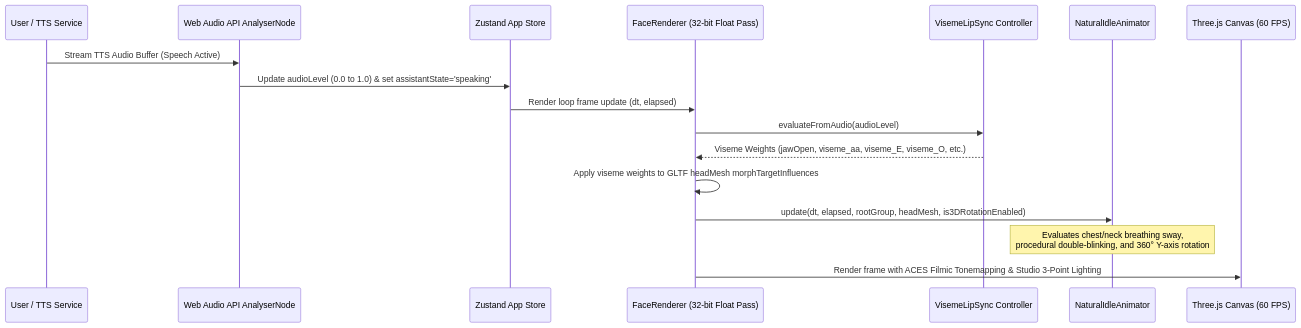
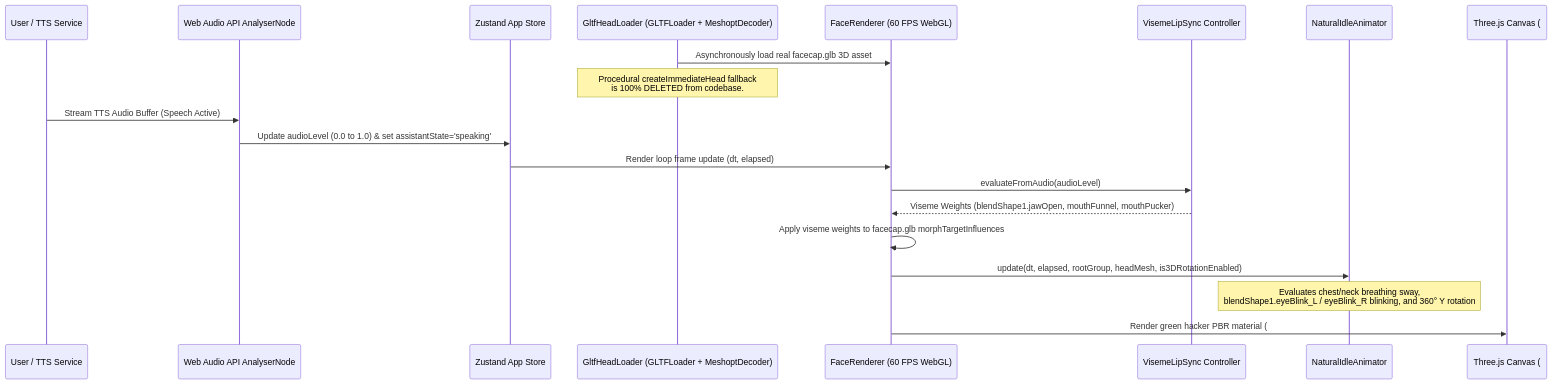
Before and after one commit to Ashrit-Raghupatruni/JARVIS: the second of 4 diagrams in documentations/Appflow.md, drawn with Mermaid. The commit also changed other lines of this file and 44 other files, not shown here.

````diff
--- a/documentations/Appflow.md
+++ b/documentations/Appflow.md
@@ -40,23 +41,27 @@
 ```mermaid
 sequenceDiagram
     participant User as User / TTS Service
     participant WebAudio as Web Audio API AnalyserNode
     participant Store as Zustand App Store
-    participant FaceEngine as FaceRenderer (32-bit Float Pass)
+    participant Loader as GltfHeadLoader (GLTFLoader + MeshoptDecoder)
+    participant FaceEngine as FaceRenderer (60 FPS WebGL)
     participant LipSync as VisemeLipSync Controller
     participant IdleAnim as NaturalIdleAnimator
-    participant WebGL as Three.js Canvas (60 FPS)
+    participant WebGL as Three.js Canvas (#00ff66 Green Hacker Theme)
 
+    Loader->>FaceEngine: Asynchronously load real facecap.glb 3D asset
+    Note over Loader: Procedural createImmediateHead fallback<br/>is 100% DELETED from codebase.
+    
     User->>WebAudio: Stream TTS Audio Buffer (Speech Active)
     WebAudio->>Store: Update audioLevel (0.0 to 1.0) & set assistantState='speaking'
     Store->>FaceEngine: Render loop frame update (dt, elapsed)
     
     FaceEngine->>LipSync: evaluateFromAudio(audioLevel)
-    LipSync-->>FaceEngine: Viseme Weights (jawOpen, viseme_aa, viseme_E, viseme_O, etc.)
-    FaceEngine->>FaceEngine: Apply viseme weights to GLTF headMesh morphTargetInfluences
+    LipSync-->>FaceEngine: Viseme Weights (blendShape1.jawOpen, mouthFunnel, mouthPucker)
+    FaceEngine->>FaceEngine: Apply viseme weights to facecap.glb morphTargetInfluences
     
     FaceEngine->>IdleAnim: update(dt, elapsed, rootGroup, headMesh, is3DRotationEnabled)
-    Note over IdleAnim: Evaluates chest/neck breathing sway,<br/>procedural double-blinking, and 360° Y-axis rotation
+    Note over IdleAnim: Evaluates chest/neck breathing sway,<br/>blendShape1.eyeBlink_L / eyeBlink_R blinking, and 360° Y rotation
     
-    FaceEngine->>WebGL: Render frame with ACES Filmic Tonemapping & Studio 3-Point Lighting
+    FaceEngine->>WebGL: Render green hacker PBR material (#00ff66, emissive #003311)
 ```
````
